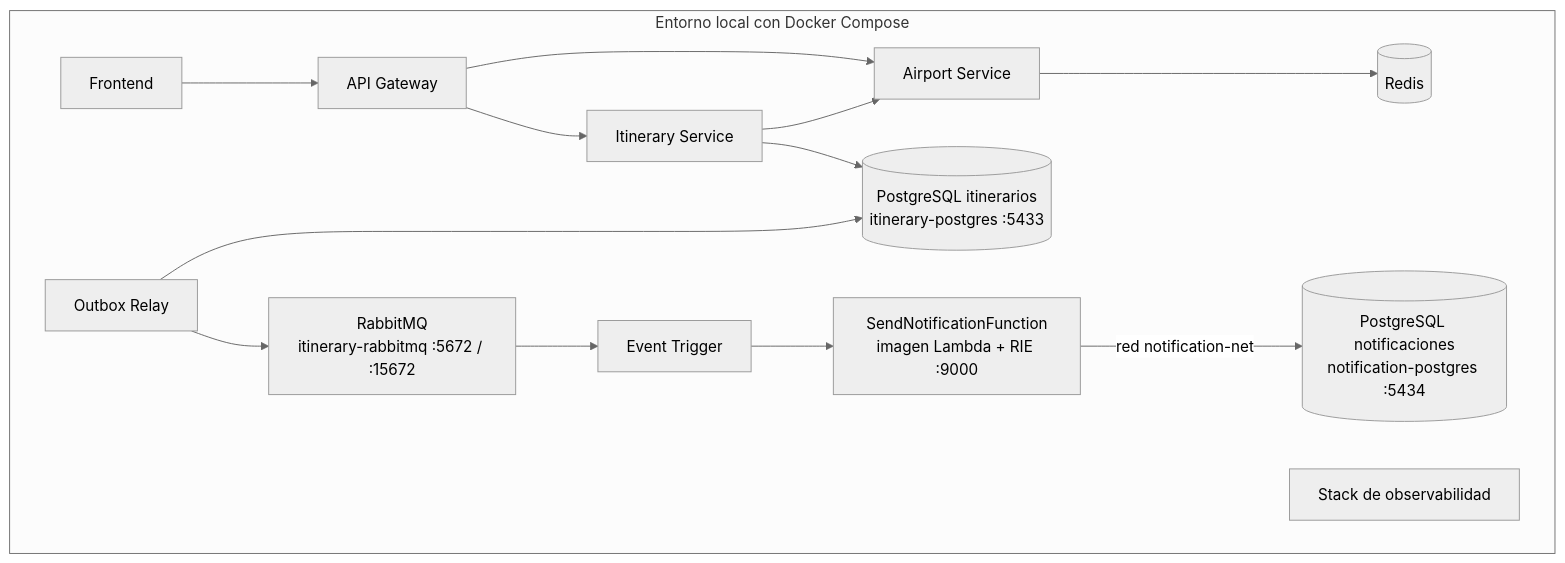
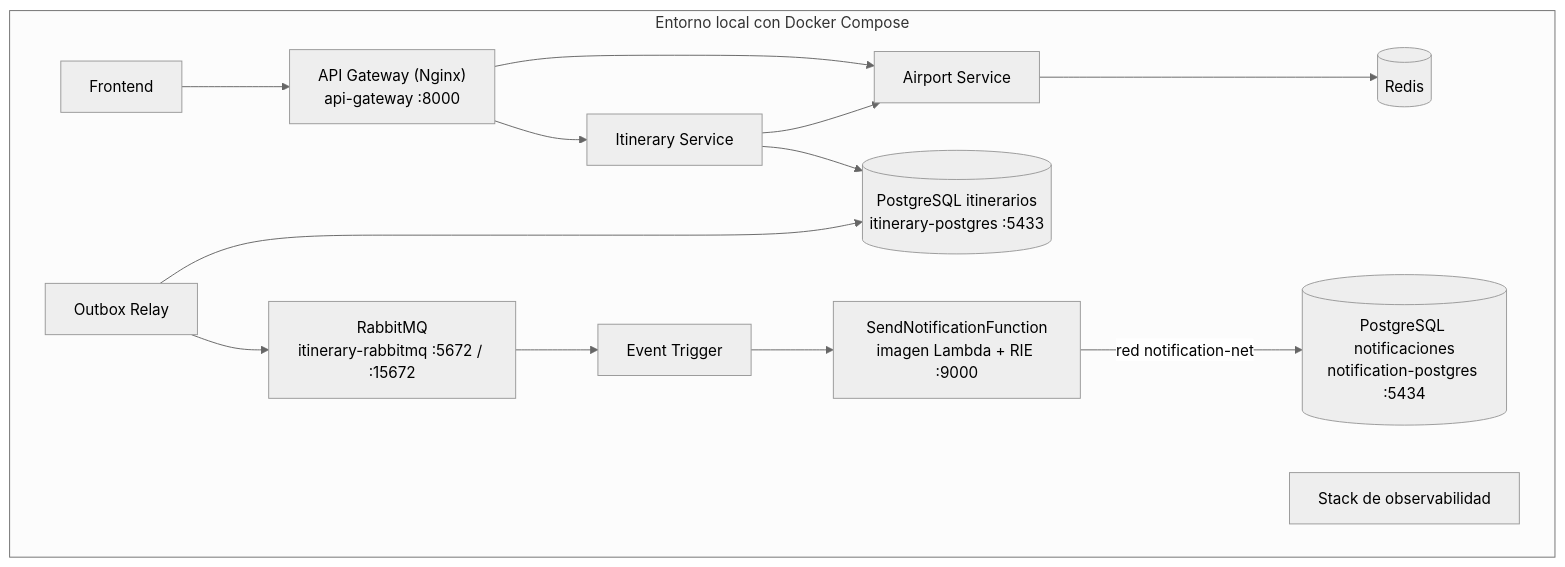
The seventh of 7 diagrams in docs/05-diagramas.md (JUANGR12192004/sistema-itinerarios-personales), drawn with Mermaid (neutral theme) before and after one commit. The commit also changed other lines of this file and 10 other files, not shown here.

Commit message:
docs: documenta el API Gateway (diagramas, errores, orden de arranque y demostración de punta a punta)

````diff
--- a/docs/05-diagramas.md
+++ b/docs/05-diagramas.md
@@ -265,29 +298,29 @@
 ```mermaid
 flowchart TB
     subgraph Local["Entorno local con Docker Compose"]
         FRONT[Frontend]
-        GATE[API Gateway]
+        GATE["API Gateway (Nginx)<br/>api-gateway :8000"]
         AIR[Airport Service]
         ITIN[Itinerary Service]
         PG[("PostgreSQL itinerarios<br/>itinerary-postgres :5433")]
         RED[(Redis)]
         RAB["RabbitMQ<br/>itinerary-rabbitmq :5672 / :15672"]
         RELAY[Outbox Relay]
         TRIG[Event Trigger]
         FUNC["SendNotificationFunction<br/>imagen Lambda + RIE :9000"]
         NPG[("PostgreSQL notificaciones<br/>notification-postgres :5434")]
         OBS[Stack de observabilidad]
 
         FRONT --> GATE
         GATE --> AIR
         GATE --> ITIN
         ITIN --> PG
         ITIN --> AIR
         AIR --> RED
         RELAY --> PG
         RELAY --> RAB
         RAB --> TRIG
         TRIG --> FUNC
         FUNC -->|red notification-net| NPG
     end
 ```
````
